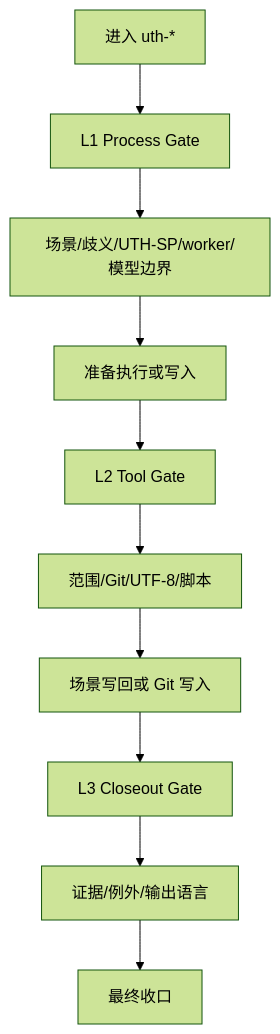
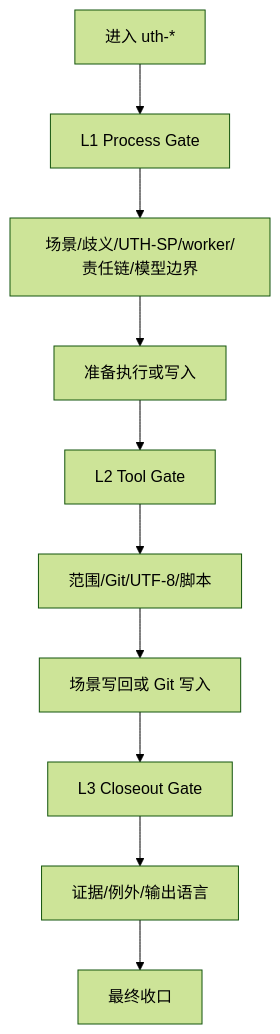
Before and after one commit to undertaker33/uth-governance: the eighth of 8 diagrams in docs/FLOW_全链路流程图.md, drawn with Mermaid (forest theme). The commit also changed 18 other files, not shown here.

````diff
--- a/docs/FLOW_全链路流程图.md
+++ b/docs/FLOW_全链路流程图.md
@@ -152,12 +152,12 @@
 ```mermaid
 flowchart TD
     A["进入 uth-*"] --> B["L1 Process Gate"]
-    B --> C["场景/歧义/UTH-SP/worker/模型边界"]
+    B --> C["场景/歧义/UTH-SP/worker/责任链/模型边界"]
     C --> D["准备执行或写入"]
     D --> E["L2 Tool Gate"]
     E --> F["范围/Git/UTF-8/脚本"]
     F --> G["场景写回或 Git 写入"]
     G --> H["L3 Closeout Gate"]
     H --> I["证据/例外/输出语言"]
     I --> J["最终收口"]
 ```
````
